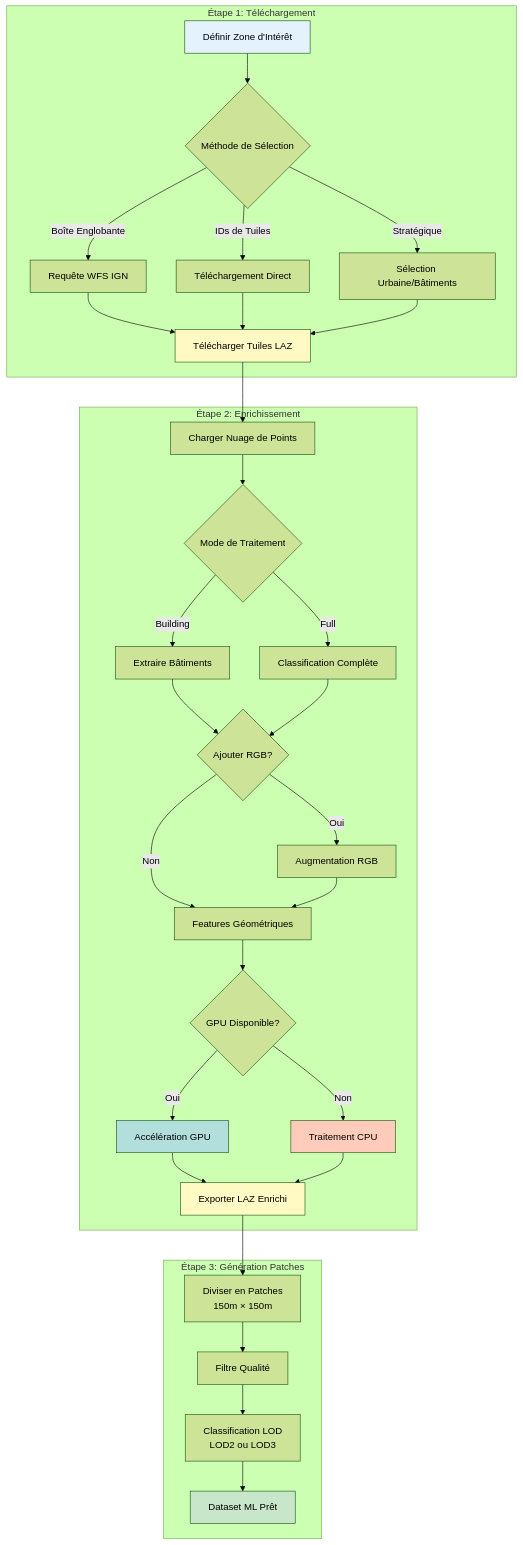
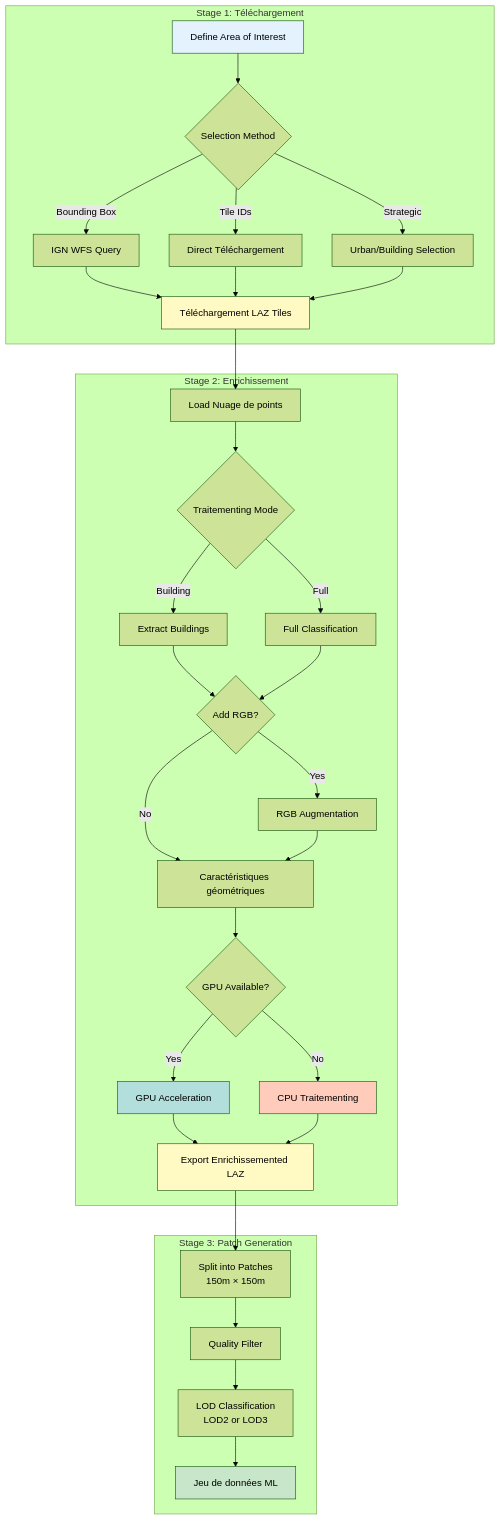
One commit to sducournau/IGN_LIDAR_HD_DATASET changed the third of 3 diagrams in website/i18n/fr/docusaurus-plugin-content-docs/current/reference/workflow-diagrams.md. Above: the diagram before and after it, drawn with Mermaid (forest theme). The commit also changed other lines of this file and 42 other files, not shown here.

````diff
--- a/website/i18n/fr/docusaurus-plugin-content-docs/current/reference/workflow-diagrams.md
+++ b/website/i18n/fr/docusaurus-plugin-content-docs/current/reference/workflow-diagrams.md
@@ -72,43 +72,43 @@
 ```mermaid
 flowchart TD
-    subgraph "Étape 1: Téléchargement"
-        A[Définir Zone d'Intérêt] --> B{Méthode de Sélection}
-        B -->|Boîte Englobante| C[Requête WFS IGN]
-        B -->|IDs de Tuiles| D[Téléchargement Direct]
-        B -->|Stratégique| E[Sélection Urbaine/Bâtiments]
-        C --> F[Télécharger Tuiles LAZ]
+    subgraph "Stage 1: Téléchargement"
+        A[Define Area of Interest] --> B{Selection Method}
+        B -->|Bounding Box| C[IGN WFS Query]
+        B -->|Tile IDs| D[Direct Téléchargement]
+        B -->|Strategic| E[Urban/Building Selection]
+        C --> F[Téléchargement LAZ Tiles]
         D --> F
         E --> F
     end
 
-    subgraph "Étape 2: Enrichissement"
-        F --> G[Charger Nuage de Points]
-        G --> H{Mode de Traitement}
-        H -->|Building| I[Extraire Bâtiments]
-        H -->|Full| J[Classification Complète]
-        I --> K{Ajouter RGB?}
+    subgraph "Stage 2: Enrichissement"
+        F --> G[Load Nuage de points]
+        G --> H{Traitementing Mode}
+        H -->|Building| I[Extract Buildings]
+        H -->|Full| J[Full Classification]
+        I --> K{Add RGB?}
         J --> K
-        K -->|Oui| L[Augmentation RGB]
-        K -->|Non| M[Features Géométriques]
+        K -->|Yes| L[RGB Augmentation]
+        K -->|No| M[Caractéristiques géométriques]
         L --> M
-        M --> N{GPU Disponible?}
-        N -->|Oui| O[Accélération GPU]
-        N -->|Non| P[Traitement CPU]
-        O --> Q[Exporter LAZ Enrichi]
+        M --> N{GPU Available?}
+        N -->|Yes| O[GPU Acceleration]
+        N -->|No| P[CPU Traitementing]
+        O --> Q[Export Enrichissemented LAZ]
         P --> Q
     end
 
-    subgraph "Étape 3: Génération Patches"
-        Q --> R[Diviser en Patches<br/>150m × 150m]
-        R --> U[Filtre Qualité]
-        U --> V[Classification LOD<br/>LOD2 ou LOD3]
-        V --> W[Dataset ML Prêt]
+    subgraph "Stage 3: Patch Generation"
+        Q --> R[Split into Patches<br/>150m × 150m]
+        R --> U[Quality Filter]
+        U --> V[LOD Classification<br/>LOD2 or LOD3]
+        V --> W[Jeu de données ML]
     end
 
     style A fill:#e3f2fd
     style F fill:#fff9c4
     style Q fill:#fff9c4
     style W fill:#c8e6c9
     style O fill:#b2dfdb
     style P fill:#ffccbc
 ```
````
